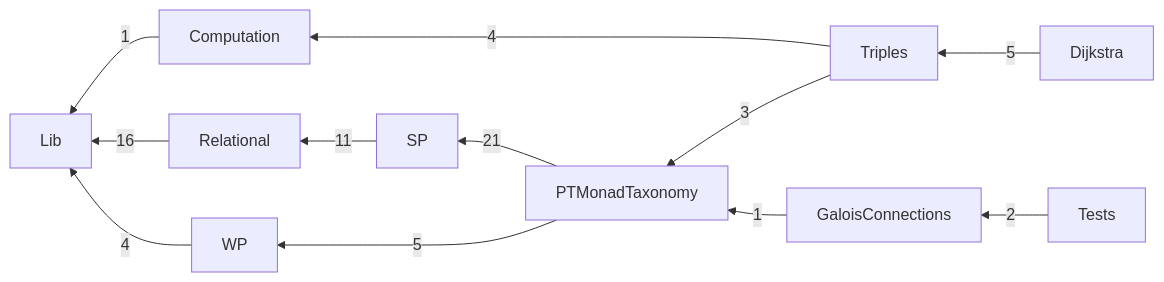
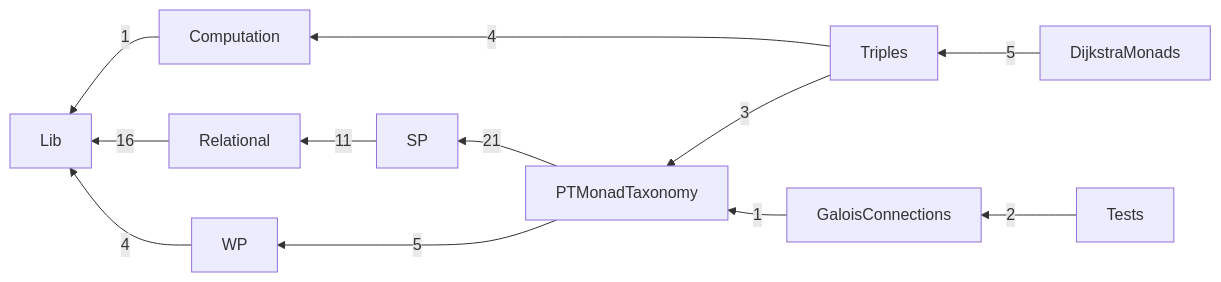
Before and after one commit to lastland/SpecMonad: the diagram in Code/README.md, drawn with Mermaid. The commit also changed other lines of this file and 17 other files, not shown here.

First line of the commit message:
Rename Dijkstra/ to DijkstraMonads/

````diff
--- a/Code/README.md
+++ b/Code/README.md
@@ -39,14 +39,14 @@
 ```mermaid
 flowchart RL
   Computation[Computation] -->|1| Lib[Lib]
-  Dijkstra[Dijkstra] -->|5| Triples[Triples]
+  DijkstraMonads[DijkstraMonads] -->|5| Triples[Triples]
   GaloisConnections[GaloisConnections] -->|1| PTMonadTaxonomy[PTMonadTaxonomy]
   PTMonadTaxonomy[PTMonadTaxonomy] -->|21| SP[SP]
   PTMonadTaxonomy[PTMonadTaxonomy] -->|5| WP[WP]
   Relational[Relational] -->|16| Lib[Lib]
   SP[SP] -->|11| Relational[Relational]
   Tests[Tests] -->|2| GaloisConnections[GaloisConnections]
   Triples[Triples] -->|4| Computation[Computation]
   Triples[Triples] -->|3| PTMonadTaxonomy[PTMonadTaxonomy]
   WP[WP] -->|4| Lib[Lib]
 ```
````
